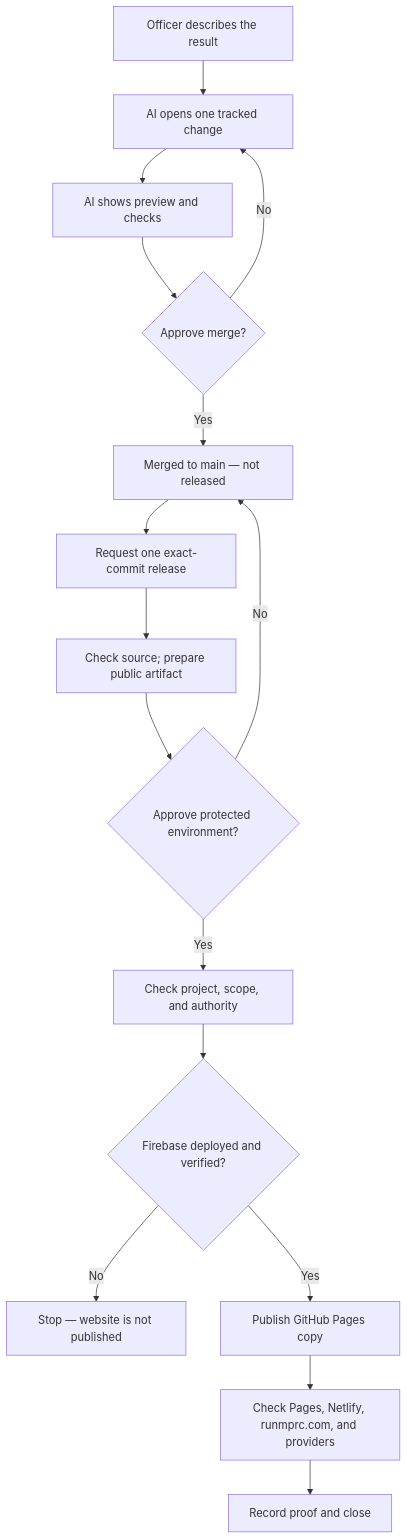
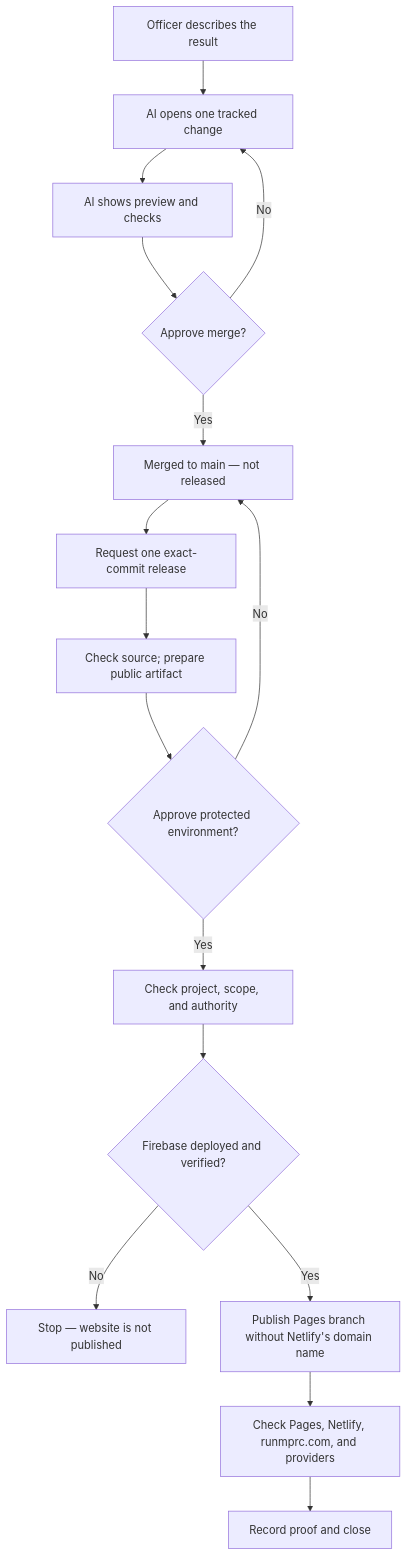
The diagram in docs/officers/README.md (Run-MPRC/Run-MPRC.github.io), drawn with Mermaid before and after one commit. The commit also changed other lines of this file and 16 other files, not shown here.

````diff
--- a/docs/officers/README.md
+++ b/docs/officers/README.md
@@ -9,18 +9,18 @@
 ```mermaid
 flowchart TD
     A["Officer describes the result"] --> B["AI opens one tracked change"]
     B --> C["AI shows preview and checks"]
     C --> D{"Approve merge?"}
     D -- "No" --> B
     D -- "Yes" --> E["Merged to main — not released"]
     E --> Q["Request one exact-commit release"]
     Q --> P["Check source; prepare public artifact"]
     P --> R{"Approve protected environment?"}
     R -- "No" --> E
     R -- "Yes" --> V["Check project, scope, and authority"]
     V --> H{"Firebase deployed and verified?"}
     H -- "No" --> S["Stop — website is not published"]
-    H -- "Yes" --> W["Publish GitHub Pages copy"]
+    H -- "Yes" --> W["Publish Pages branch without Netlify's domain name"]
     W --> F["Check Pages, Netlify, runmprc.com, and providers"]
     F --> G["Record proof and close"]
 ```
````
